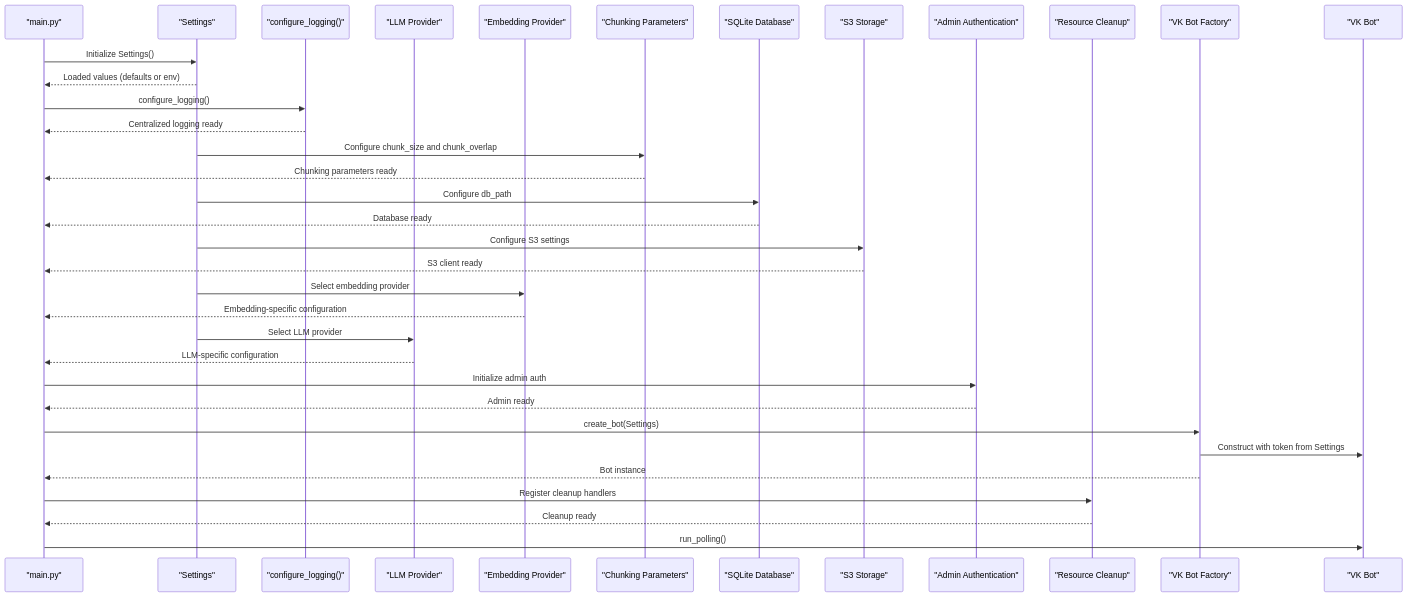
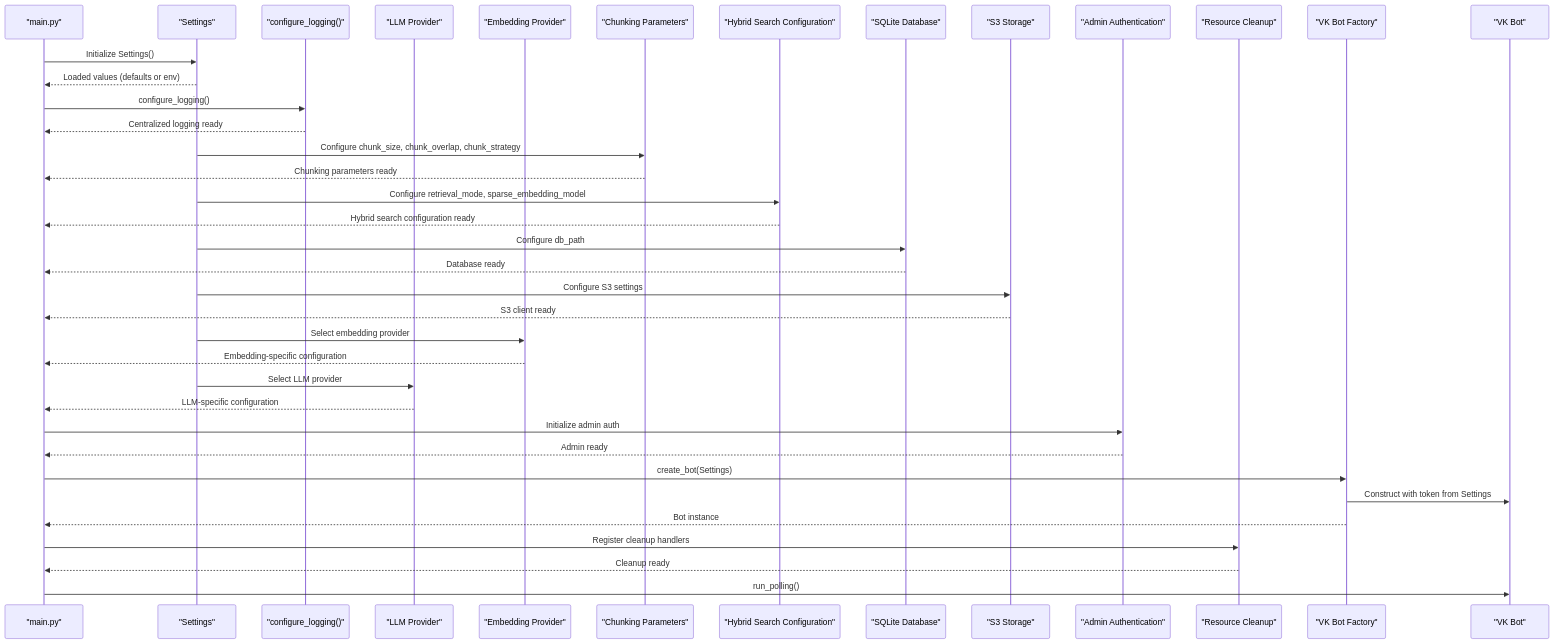
One commit to ognelis/cafetera_hr_bot changed the second of 11 diagrams in .qoder/repowiki/en/content/Configuration Management.md. Above: the diagram before and after it, drawn with Mermaid. The commit also changed other lines of this file and 10 other files, not shown here.

````diff
--- a/.qoder/repowiki/en/content/Configuration Management.md
+++ b/.qoder/repowiki/en/content/Configuration Management.md
@@ -178,37 +195,40 @@
 ```mermaid
 sequenceDiagram
 participant Script as "main.py"
 participant Settings as "Settings"
 participant Logging as "configure_logging()"
 participant Provider as "LLM Provider"
 participant EmbeddingProvider as "Embedding Provider"
 participant Chunking as "Chunking Parameters"
+participant HybridSearch as "Hybrid Search Configuration"
 participant Storage as "SQLite Database"
 participant S3Storage as "S3 Storage"
 participant AdminAuth as "Admin Authentication"
 participant Cleanup as "Resource Cleanup"
 participant VKBot as "VK Bot Factory"
 participant VK as "VK Bot"
 Script->>Settings : Initialize Settings()
 Settings-->>Script : Loaded values (defaults or env)
 Script->>Logging : configure_logging()
 Logging-->>Script : Centralized logging ready
-Settings->>Chunking : Configure chunk_size and chunk_overlap
+Settings->>Chunking : Configure chunk_size, chunk_overlap, chunk_strategy
 Chunking-->>Script : Chunking parameters ready
+Settings->>HybridSearch : Configure retrieval_mode, sparse_embedding_model
+HybridSearch-->>Script : Hybrid search configuration ready
 Settings->>Storage : Configure db_path
 Storage-->>Script : Database ready
 Settings->>S3Storage : Configure S3 settings
 S3Storage-->>Script : S3 client ready
 Settings->>EmbeddingProvider : Select embedding provider
 EmbeddingProvider-->>Script : Embedding-specific configuration
 Settings->>Provider : Select LLM provider
 Provider-->>Script : LLM-specific configuration
 Script->>AdminAuth : Initialize admin auth
 AdminAuth-->>Script : Admin ready
 Script->>VKBot : create_bot(Settings)
 VKBot->>VK : Construct with token from Settings
 VKBot-->>Script : Bot instance
 Script->>Cleanup : Register cleanup handlers
 Cleanup-->>Script : Cleanup ready
 Script->>VK : run_polling()
 ```
````
